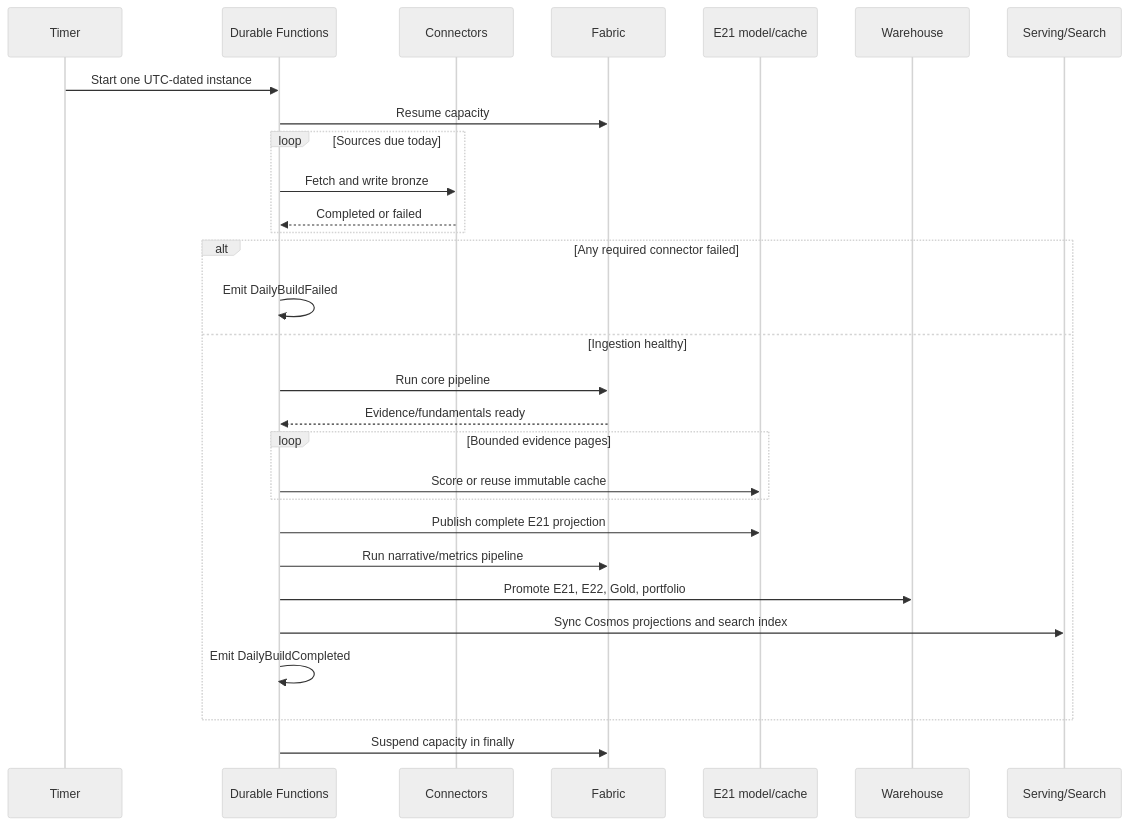
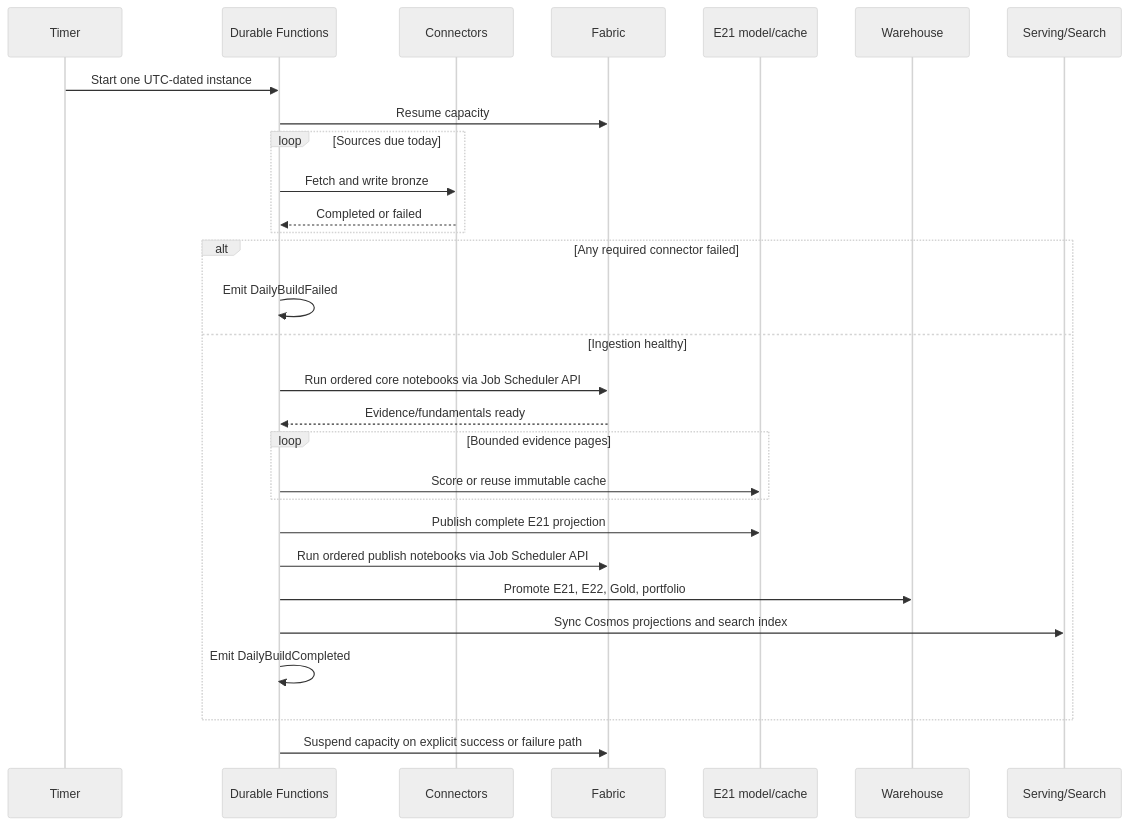
Before and after one commit to francesco-sodano/auspex: the third of 4 diagrams in doc/arc42-auspex.md, drawn with Mermaid (neutral theme). The commit also changed other lines of this file and 73 other files, not shown here.

````diff
--- a/doc/arc42-auspex.md
+++ b/doc/arc42-auspex.md
@@ -149,32 +313,32 @@
 ```mermaid
 sequenceDiagram
     participant T as Timer
     participant D as Durable Functions
     participant C as Connectors
     participant F as Fabric
     participant M as E21 model/cache
     participant W as Warehouse
     participant S as Serving/Search
 
     T->>D: Start one UTC-dated instance
     D->>F: Resume capacity
     loop Sources due today
         D->>C: Fetch and write bronze
         C-->>D: Completed or failed
     end
     alt Any required connector failed
         D->>D: Emit DailyBuildFailed
     else Ingestion healthy
-        D->>F: Run core pipeline
+        D->>F: Run ordered core notebooks via Job Scheduler API
         F-->>D: Evidence/fundamentals ready
         loop Bounded evidence pages
             D->>M: Score or reuse immutable cache
         end
         D->>M: Publish complete E21 projection
-        D->>F: Run narrative/metrics pipeline
+        D->>F: Run ordered publish notebooks via Job Scheduler API
         D->>W: Promote E21, E22, Gold, portfolio
         D->>S: Sync Cosmos projections and search index
         D->>D: Emit DailyBuildCompleted
     end
-    D->>F: Suspend capacity in finally
+    D->>F: Suspend capacity on explicit success or failure path
 ```
````
